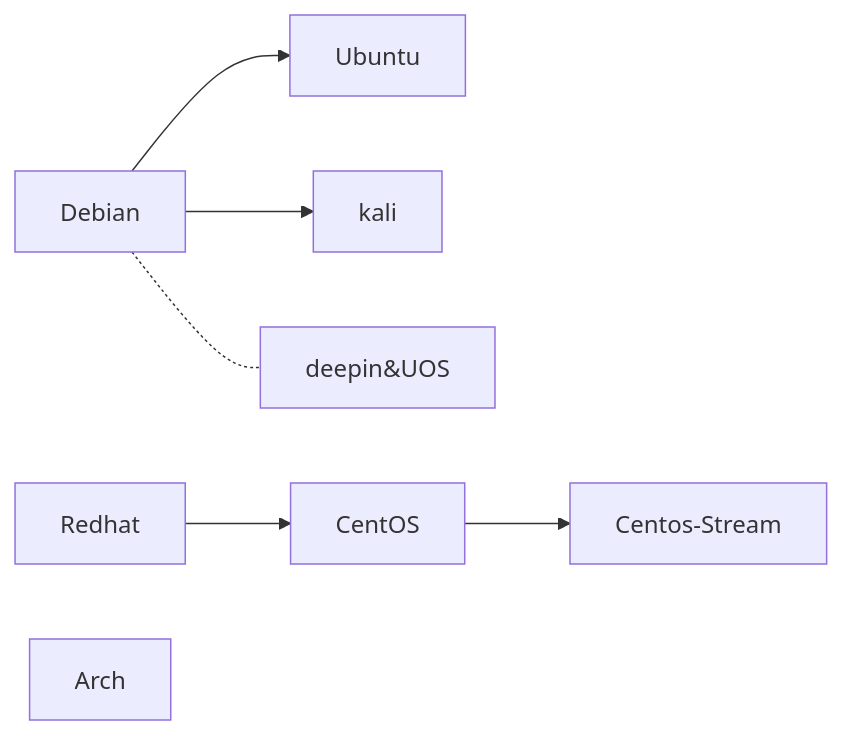
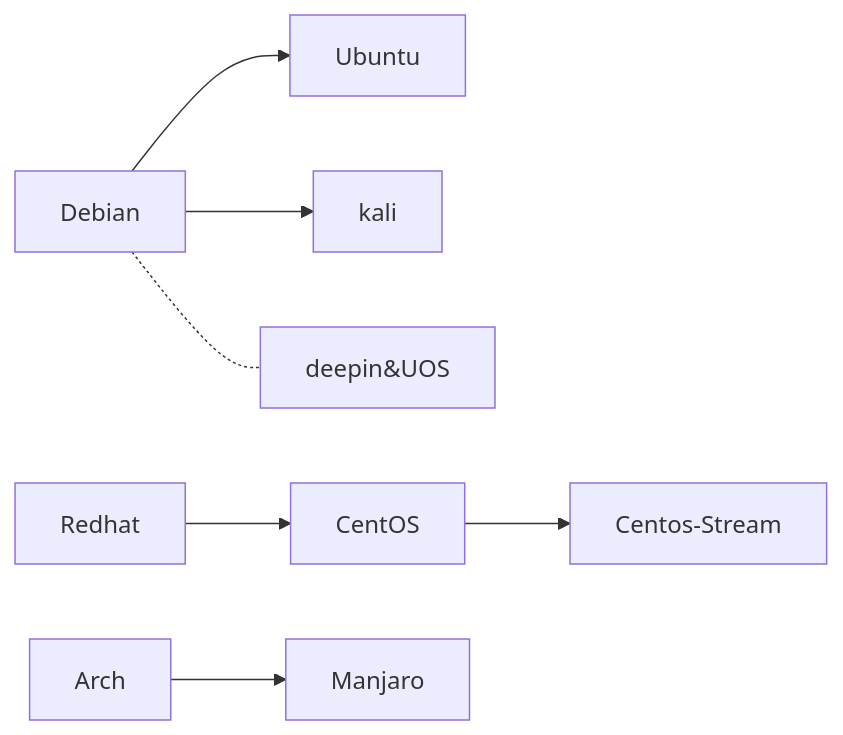
The diagram in documents/4.vlab_linux_simple/1.linux-1.md (KZ25T/2022ics), drawn with Mermaid before and after one commit. The commit also changed other lines of this file and 2 other files, not shown here.

````diff
--- a/documents/4.vlab_linux_simple/1.linux-1.md
+++ b/documents/4.vlab_linux_simple/1.linux-1.md
@@ -91,15 +94,17 @@
 ```mermaid
 graph LR
 A[Debian]
 B[Ubuntu]
 C[kali]
 A-->B
 A-->C
 D[deepin&UOS]
 A-.-D
 E[Redhat]
 F[CentOS]
 G[Centos-Stream]
 H[Arch]
+I[Manjaro]
 E-->F-->G
+H-->I
 ```
````
